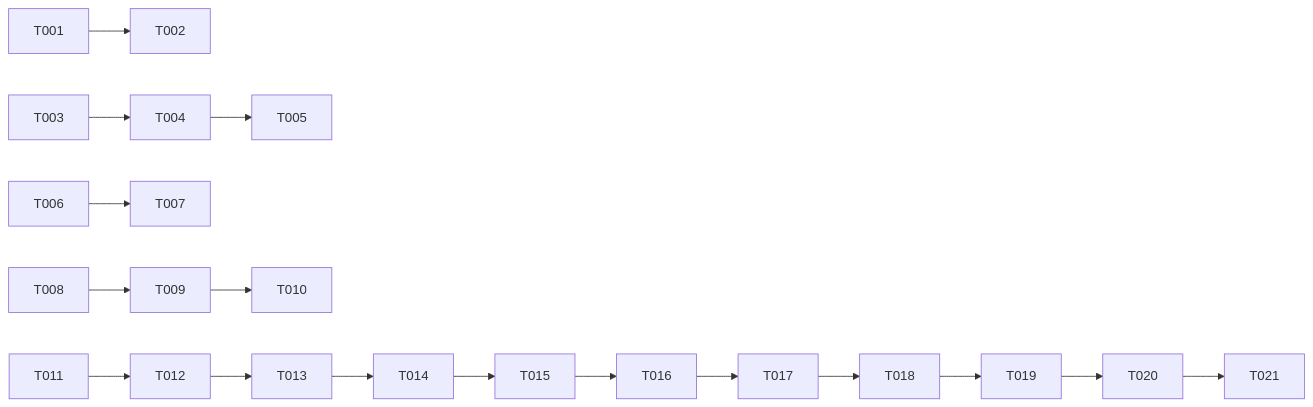
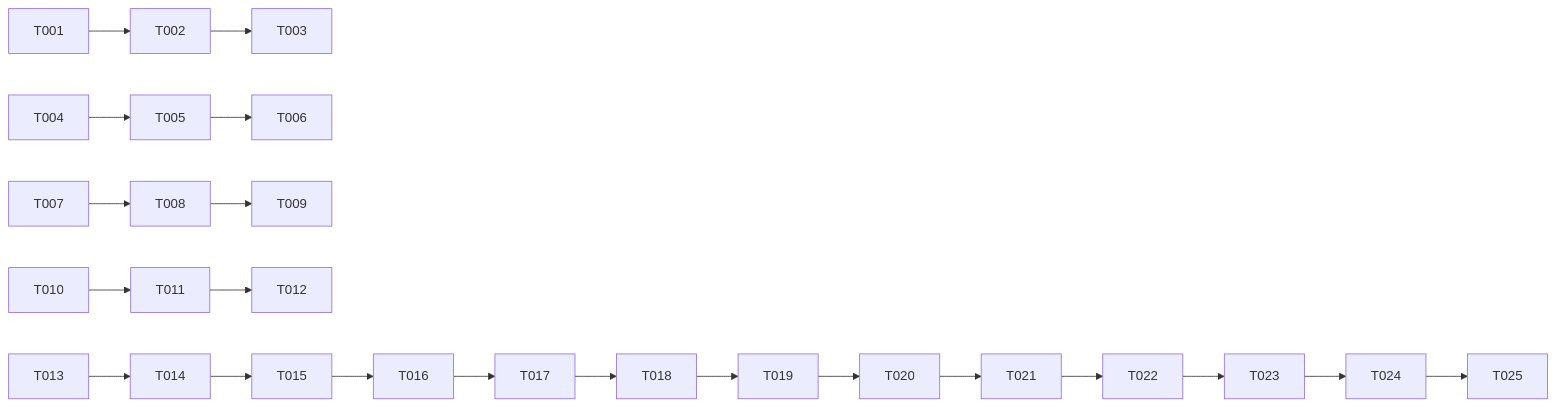
One commit to 11qaq11/TsCameraTools changed the diagram in specs/001-adb-shell-terminal-fixes/tasks.md. Above: the diagram before and after it, drawn with Mermaid. The commit also changed other lines of this file and 2 other files, not shown here.

````diff
--- a/specs/001-adb-shell-terminal-fixes/tasks.md
+++ b/specs/001-adb-shell-terminal-fixes/tasks.md
@@ -69,10 +61,10 @@
 ```mermaid
 graph LR
-  T001 --> T002
-  T003 --> T004 --> T005
-  T006 --> T007
-  T008 --> T009 --> T010
-  T011 --> T012 --> T013 --> T014 --> T015
-  T016 --> T017 --> T018 --> T019 --> T020 --> T021
-  T015 --> T016
+  T001 --> T002 --> T003
+  T004 --> T005 --> T006
+  T007 --> T008 --> T009
+  T010 --> T011 --> T012
+  T013 --> T014 --> T015 --> T016 --> T017 --> T018 --> T019
+  T020 --> T021 --> T022 --> T023 --> T024 --> T025
+  T019 --> T020
 ```
````
